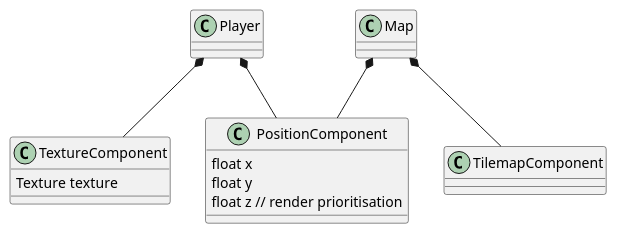
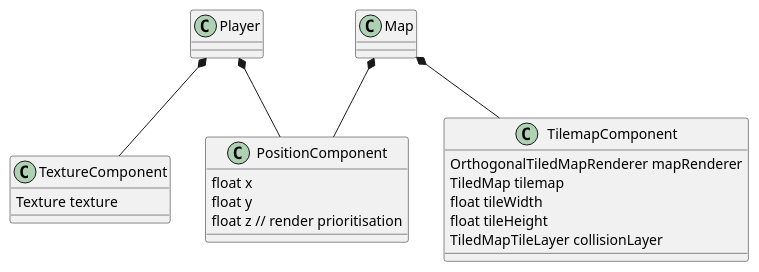
One commit to jjzsilva9/eng1 changed the diagram in project/UML/RenderSystem.puml. Above: the diagram before and after it, drawn with PlantUML. The commit also changed 2 other files, not shown here.

Commit message:
Finished ECS diagrams
Added collision system and fixed component

```diff
--- a/project/UML/RenderSystem.puml
+++ b/project/UML/RenderSystem.puml
@@ -1,18 +1,26 @@
 @startuml
 'https://plantuml.com/class-diagram
 
 class PositionComponent {
     float x
     float y
     float z // render prioritisation
 }
 
 class TextureComponent {
     Texture texture
 }
 
+class TilemapComponent{
+OrthogonalTiledMapRenderer mapRenderer
+TiledMap tilemap
+float tileWidth
+float tileHeight
+TiledMapTileLayer collisionLayer
+}
+
 Player *-- PositionComponent
 Player *-- TextureComponent
 Map *-- PositionComponent
 Map *-- TilemapComponent
 @enduml
```
